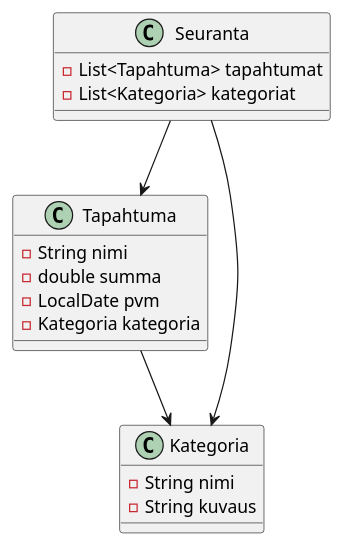
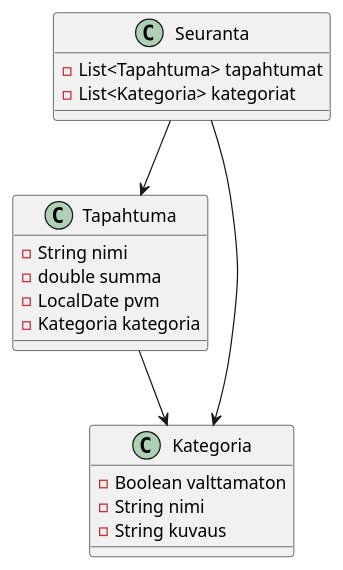
Before and after one commit to ohj-perus-jy/ohj2: the first of 2 diagrams in src/osa9/01-harjoitustyo.md, drawn with PlantUML. The commit also changed other lines of this file and 2 other files, not shown here.

````diff
--- a/src/osa9/01-harjoitustyo.md
+++ b/src/osa9/01-harjoitustyo.md
@@ -44,24 +44,25 @@
 ```plantuml
 @startuml
 class Tapahtuma {
   - String nimi
   - double summa
   - LocalDate pvm
   - Kategoria kategoria
 }
 
 class Kategoria {
+  - Boolean valttamaton
   - String nimi
   - String kuvaus
 }
 
 class Seuranta {
   - List<Tapahtuma> tapahtumat
   - List<Kategoria> kategoriat
 }
 
 Tapahtuma --> Kategoria
 Seuranta --> Tapahtuma
 Seuranta --> Kategoria
 @enduml
 ```
````
